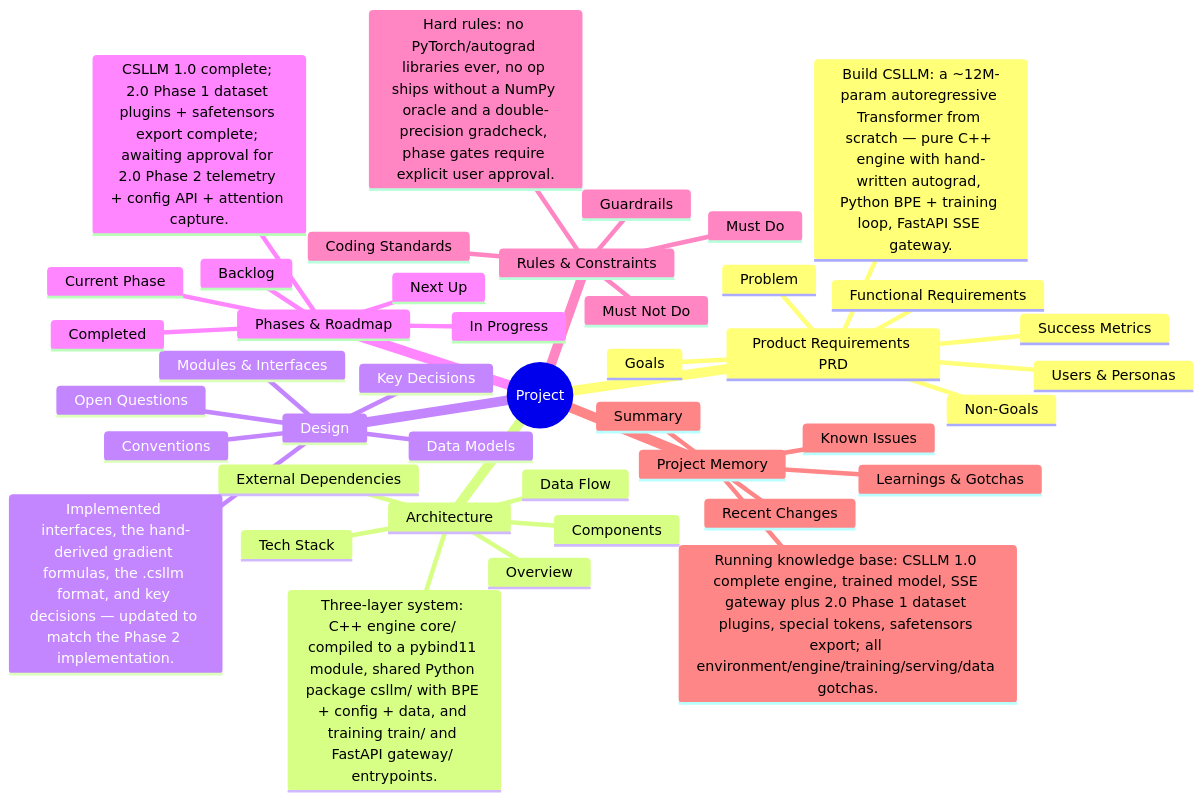
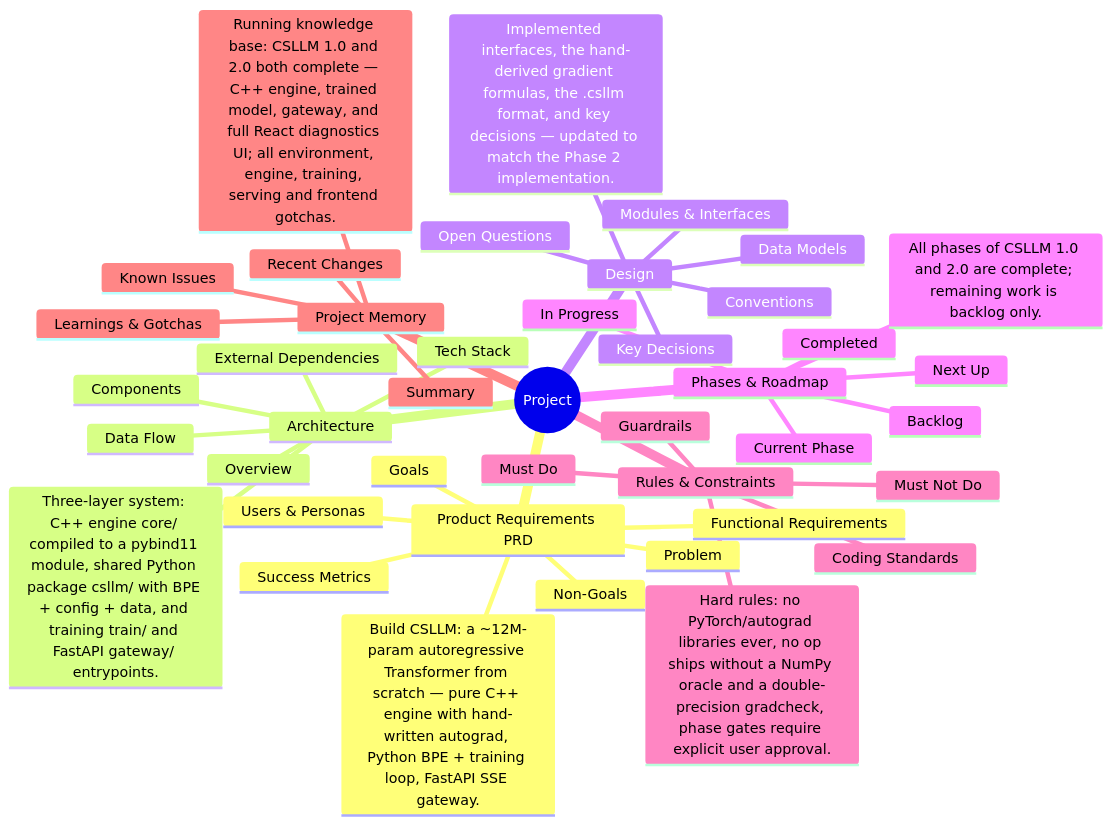
The diagram in .knbase/mindmap.md (emulsazib/csllm-1.0-pro), drawn with Mermaid before and after one commit. The commit also changed other lines of this file and 5410 other files, not shown here.

Commit message:
All phases and complete version2

````diff
--- a/.knbase/mindmap.md
+++ b/.knbase/mindmap.md
@@ -5,51 +5,51 @@
 ```mermaid
 mindmap
   root((Project))
     Product Requirements PRD
       ::icon(fa fa-info)
       Build CSLLM: a ~12M-param autoregressive Transformer from scratch — pure C++ engine with hand-written autograd, Python BPE + training loop, FastAPI SSE gateway.
       Problem
       Goals
       Users & Personas
       Functional Requirements
       Non-Goals
       Success Metrics
     Architecture
       ::icon(fa fa-info)
       Three-layer system: C++ engine core/ compiled to a pybind11 module, shared Python package csllm/ with BPE + config + data, and training train/ and FastAPI gateway/ entrypoints.
       Overview
       Components
       Data Flow
       Tech Stack
       External Dependencies
     Design
       ::icon(fa fa-info)
       Implemented interfaces, the hand-derived gradient formulas, the .csllm format, and key decisions — updated to match the Phase 2 implementation.
       Modules & Interfaces
       Key Decisions
       Data Models
       Conventions
       Open Questions
     Phases & Roadmap
       ::icon(fa fa-info)
-      CSLLM 1.0 complete; 2.0 Phase 1 dataset plugins + safetensors export complete; awaiting approval for 2.0 Phase 2 telemetry + config API + attention capture.
+      All phases of CSLLM 1.0 and 2.0 are complete; remaining work is backlog only.
       Current Phase
       Completed
       In Progress
       Next Up
       Backlog
     Rules & Constraints
       ::icon(fa fa-info)
       Hard rules: no PyTorch/autograd libraries ever, no op ships without a NumPy oracle and a double-precision gradcheck, phase gates require explicit user approval.
       Must Do
       Must Not Do
       Coding Standards
       Guardrails
     Project Memory
       ::icon(fa fa-info)
-      Running knowledge base: CSLLM 1.0 complete engine, trained model, SSE gateway plus 2.0 Phase 1 dataset plugins, special tokens, safetensors export; all environment/engine/training/serving/data gotchas.
+      Running knowledge base: CSLLM 1.0 and 2.0 both complete — C++ engine, trained model, gateway, and full React diagnostics UI; all environment, engine, training, serving and frontend gotchas.
       Summary
       Recent Changes
       Learnings & Gotchas
       Known Issues
 ```
````
